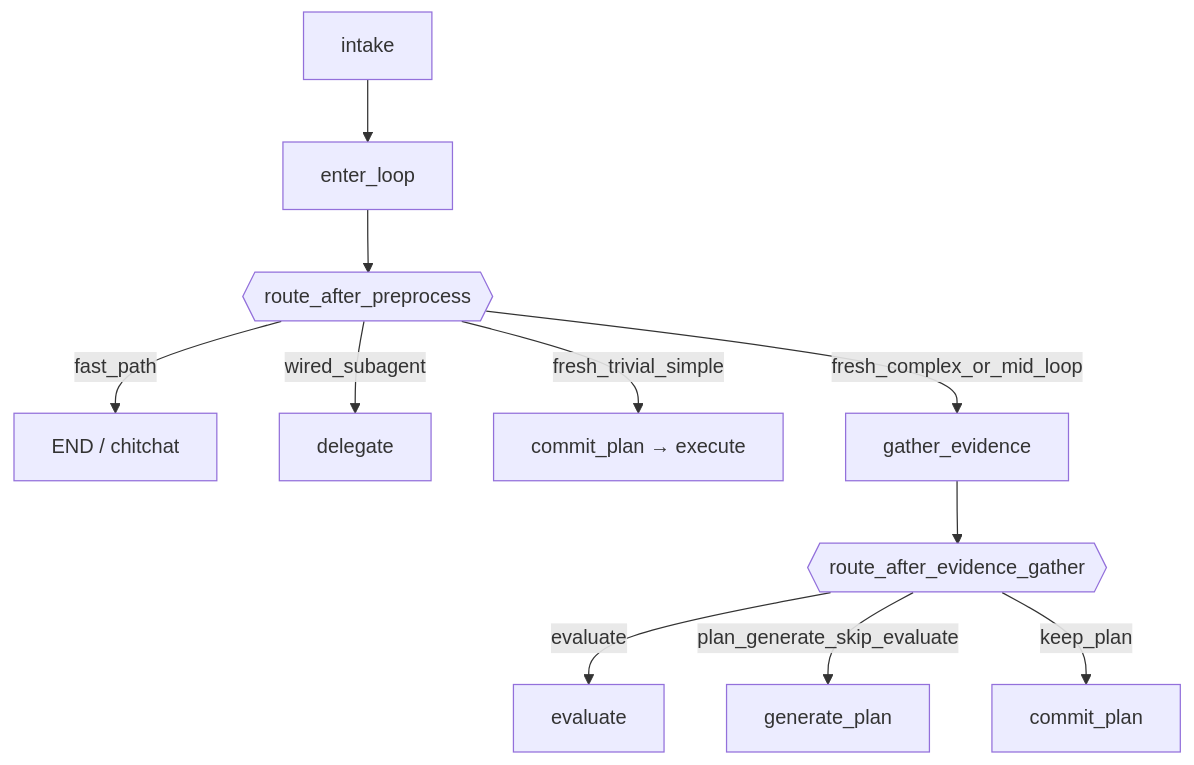
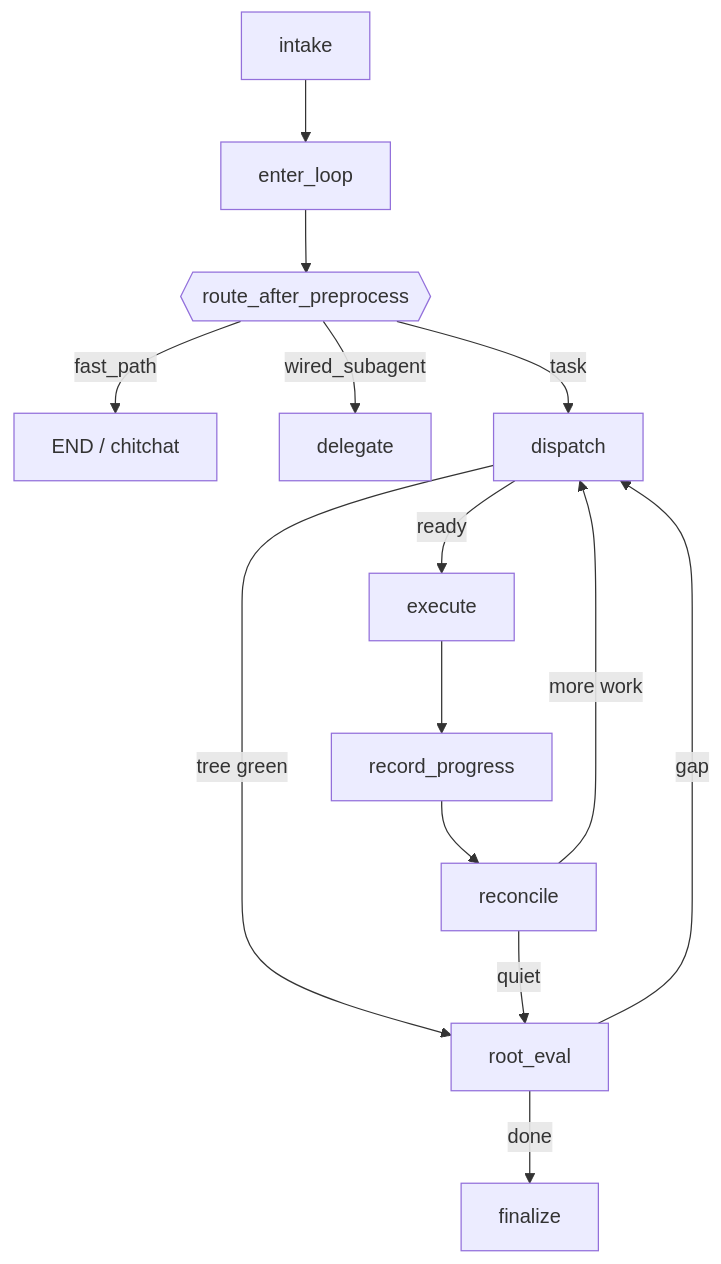
One commit to OpenSoothe/soothe changed the diagram in docs/diagrams/strange_loop_graph_nodes.md. Above: the diagram before and after it, drawn with Mermaid. The commit also changed other lines of this file and 11 other files, not shown here.

Commit message:
docs(sloop): sync diagrams and wiki to RFC-904 dispatch topology (IG-753)

````diff
--- a/docs/diagrams/strange_loop_graph_nodes.md
+++ b/docs/diagrams/strange_loop_graph_nodes.md
@@ -33,13 +32,16 @@
 ```mermaid
 flowchart TD
     IC[intake] --> IOR[enter_loop]
     IOR --> R{{route_after_preprocess}}
     R -->|fast_path| END1[END / chitchat]
     R -->|wired_subagent| IWS[delegate]
-    R -->|fresh_trivial_simple| RD[commit_plan → execute]
-    R -->|fresh_complex_or_mid_loop| BEG[gather_evidence]
-    BEG --> PGA{{route_after_evidence_gather}}
-    PGA -->|evaluate| EV[evaluate]
-    PGA -->|plan_generate_skip_evaluate| PG[generate_plan]
-    PGA -->|keep_plan| RD2[commit_plan]
+    R -->|task| D[dispatch]
+    D -->|ready| EX[execute]
+    D -->|tree green| RE[root_eval]
+    EX --> RP[record_progress]
+    RP --> RC[reconcile]
+    RC -->|more work| D
+    RC -->|quiet| RE
+    RE -->|done| F[finalize]
+    RE -->|gap| D
 ```
````
